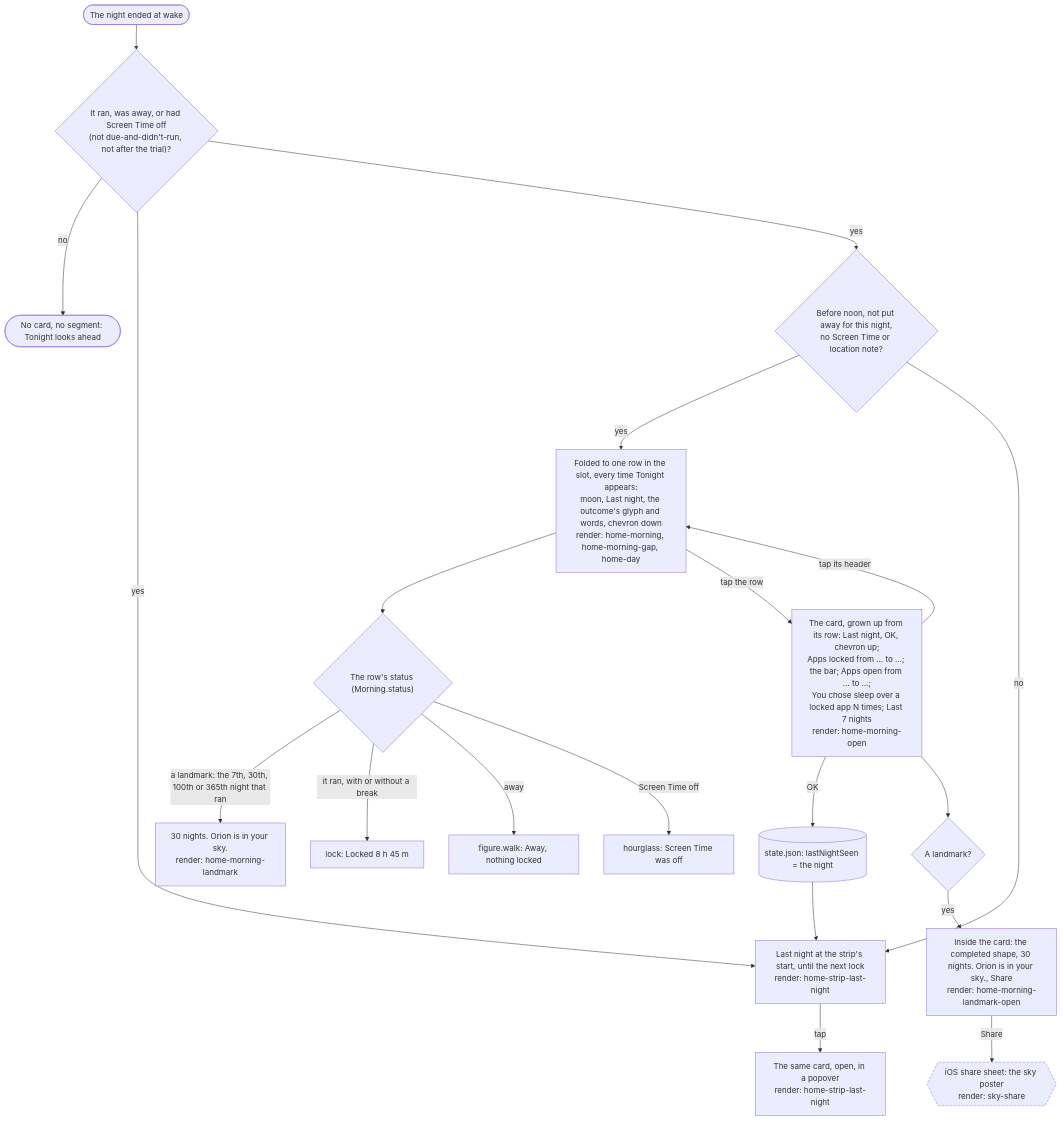
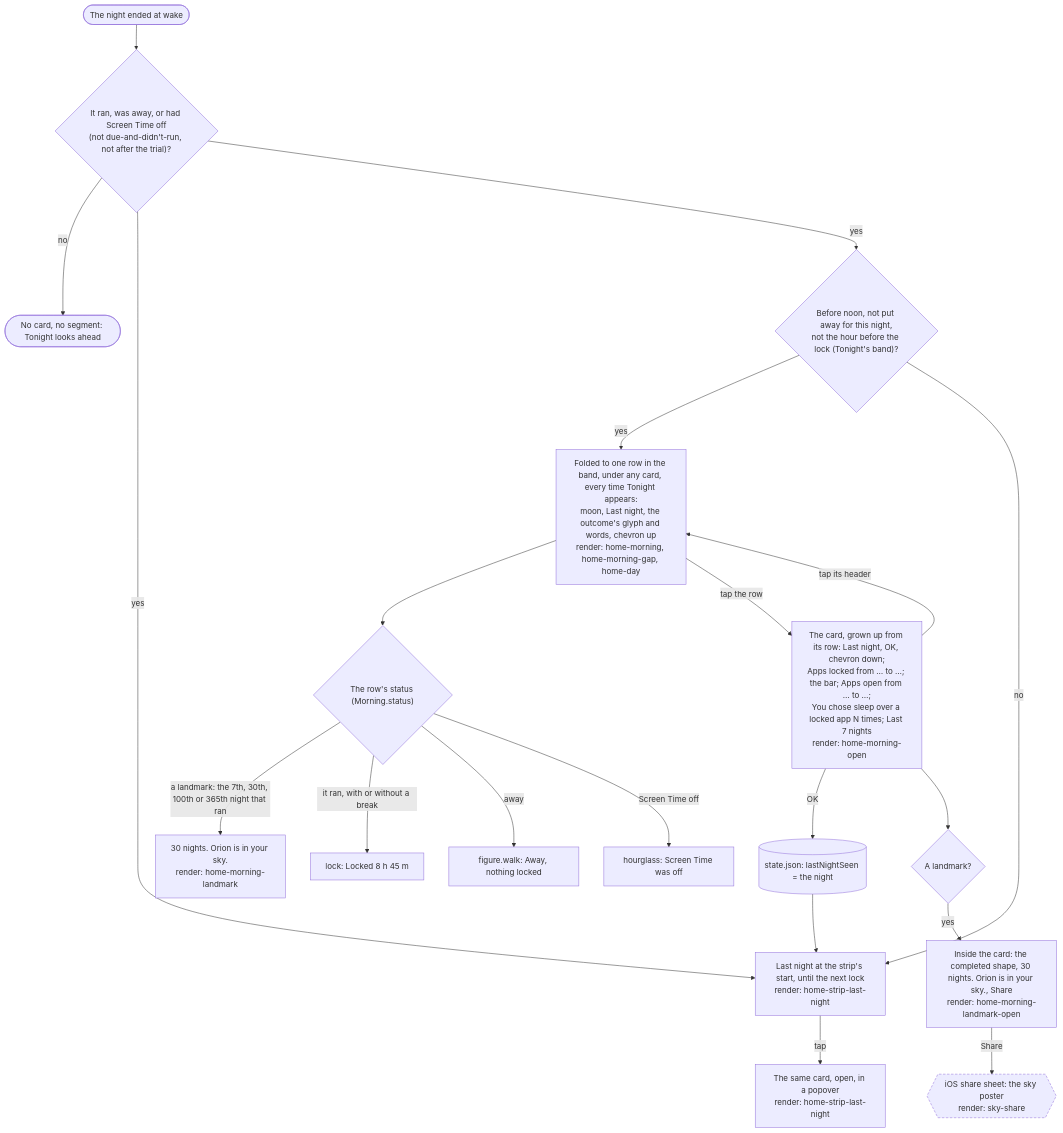
Before and after one commit to adit-rah/toll: the second of 6 diagrams in docs/flows/tonight.md, drawn with Mermaid. The commit also changed other lines of this file and 25 other files, not shown here.

First line of the commit message:
Tonight's band is one designed system; chevrons follow the motion (D94) (#148)

````diff
--- a/docs/flows/tonight.md
+++ b/docs/flows/tonight.md
@@ -48,25 +48,25 @@
 ```mermaid
 flowchart TD
   ended(["The night ended at wake"]) --> facts{"It ran, was away, or had Screen Time off<br/>(not due-and-didn't-run, not after the trial)?"}
   facts -->|"no"| none(["No card, no segment: Tonight looks ahead"])
   facts -->|"yes"| strip["Last night at the strip's start, until the next lock<br/>render: home-strip-last-night"]
-  facts -->|"yes"| morningCheck{"Before noon, not put away for this night,<br/>no Screen Time or location note?"}
-  morningCheck -->|"yes"| row["Folded to one row in the slot, every time Tonight appears:<br/>moon, Last night, the outcome's glyph and words, chevron down<br/>render: home-morning, home-morning-gap, home-day"]
+  facts -->|"yes"| morningCheck{"Before noon, not put away for this night,<br/>not the hour before the lock (Tonight's band)?"}
+  morningCheck -->|"yes"| row["Folded to one row in the band, under any card, every time Tonight appears:<br/>moon, Last night, the outcome's glyph and words, chevron up<br/>render: home-morning, home-morning-gap, home-day"]
   morningCheck -->|"no"| strip
   row --> status{"The row's status (Morning.status)"}
   status -->|"a landmark: the 7th, 30th, 100th or 365th night that ran"| statusLandmark["30 nights. Orion is in your sky.<br/>render: home-morning-landmark"]
   status -->|"it ran, with or without a break"| statusRan["lock: Locked 8 h 45 m"]
   status -->|"away"| statusAway["figure.walk: Away, nothing locked"]
   status -->|"Screen Time off"| statusOff["hourglass: Screen Time was off"]
-  row -->|"tap the row"| card["The card, grown up from its row: Last night, OK, chevron up;<br/>Apps locked from … to …; the bar; Apps open from … to …;<br/>You chose sleep over a locked app N times; Last 7 nights<br/>render: home-morning-open"]
+  row -->|"tap the row"| card["The card, grown up from its row: Last night, OK, chevron down;<br/>Apps locked from … to …; the bar; Apps open from … to …;<br/>You chose sleep over a locked app N times; Last 7 nights<br/>render: home-morning-open"]
   card -->|"tap its header"| row
   card -->|"OK"| seen[("state.json: lastNightSeen = the night")]
   seen --> strip
   strip -->|"tap"| popover["The same card, open, in a popover<br/>render: home-strip-last-night"]
   card --> landmark{"A landmark?"}
   landmark -->|"yes"| landmarkLine["Inside the card: the completed shape, 30 nights. Orion is in your sky., Share<br/>render: home-morning-landmark-open"]
   landmarkLine -->|"Share"| share{{"iOS share sheet: the sky poster<br/>render: sky-share"}}
 
   classDef system stroke-dasharray: 5 3
   class share system
 ```
````
